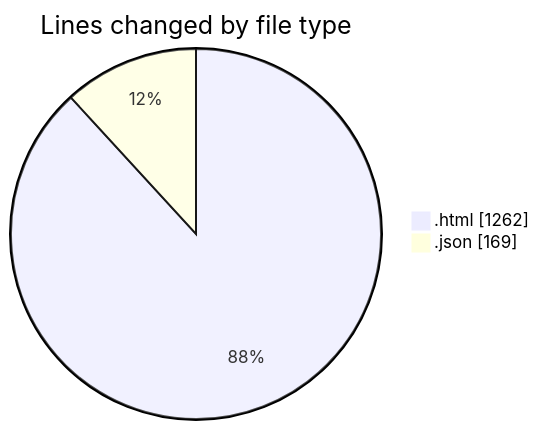
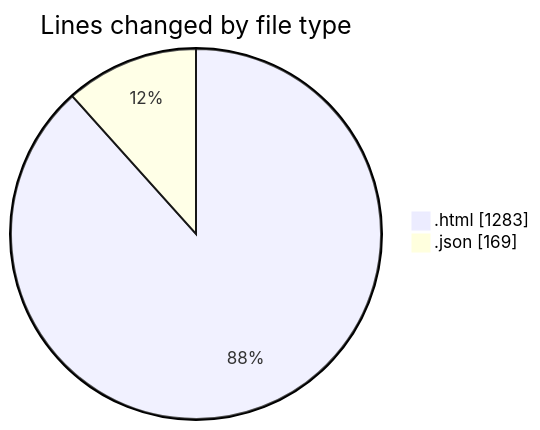
Before and after one commit to Ritupan-Deka/code-tracking: the first of 2 diagrams in 2025-04-27/portfolio/README.md, drawn with Mermaid. The commit also changed other lines of this file and 1 other file, not shown here.

````diff
--- a/2025-04-27/portfolio/README.md
+++ b/2025-04-27/portfolio/README.md
@@ -21,6 +21,6 @@
 ```mermaid
 pie showData
 title Lines changed by file type
-".html" : 1262
+".html" : 1283
 ".json" : 169
 ```
````
